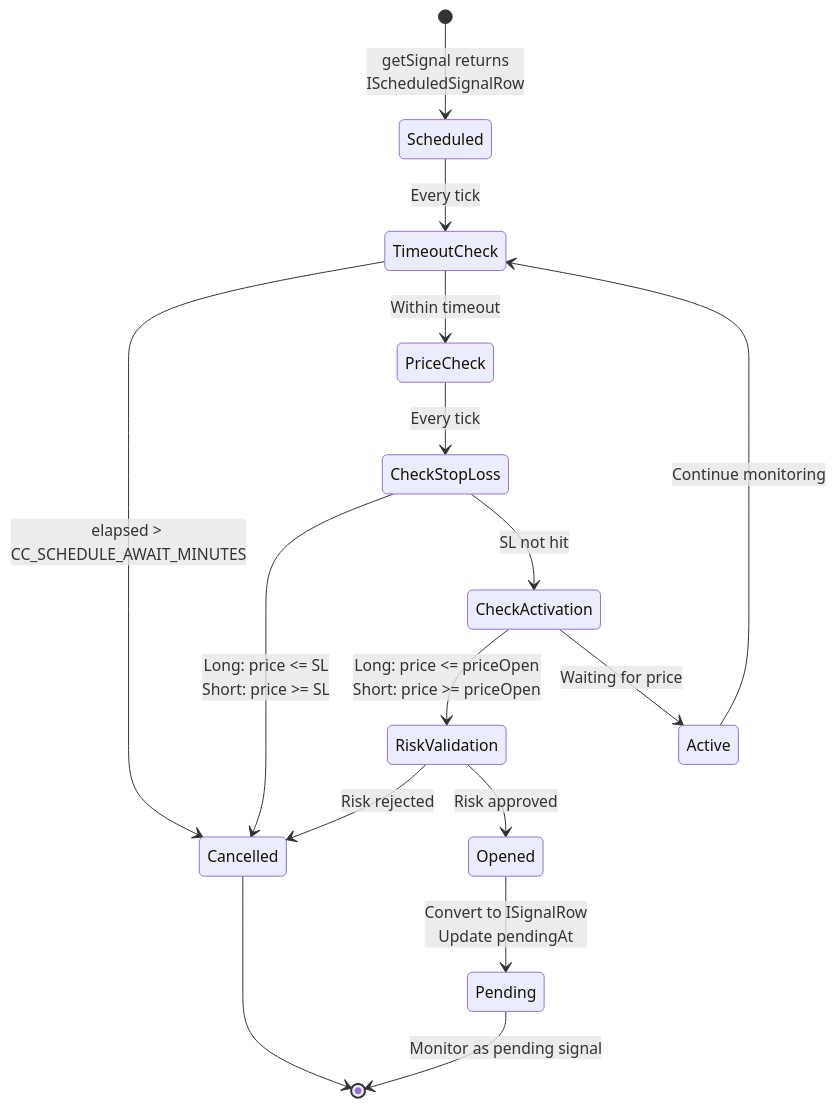
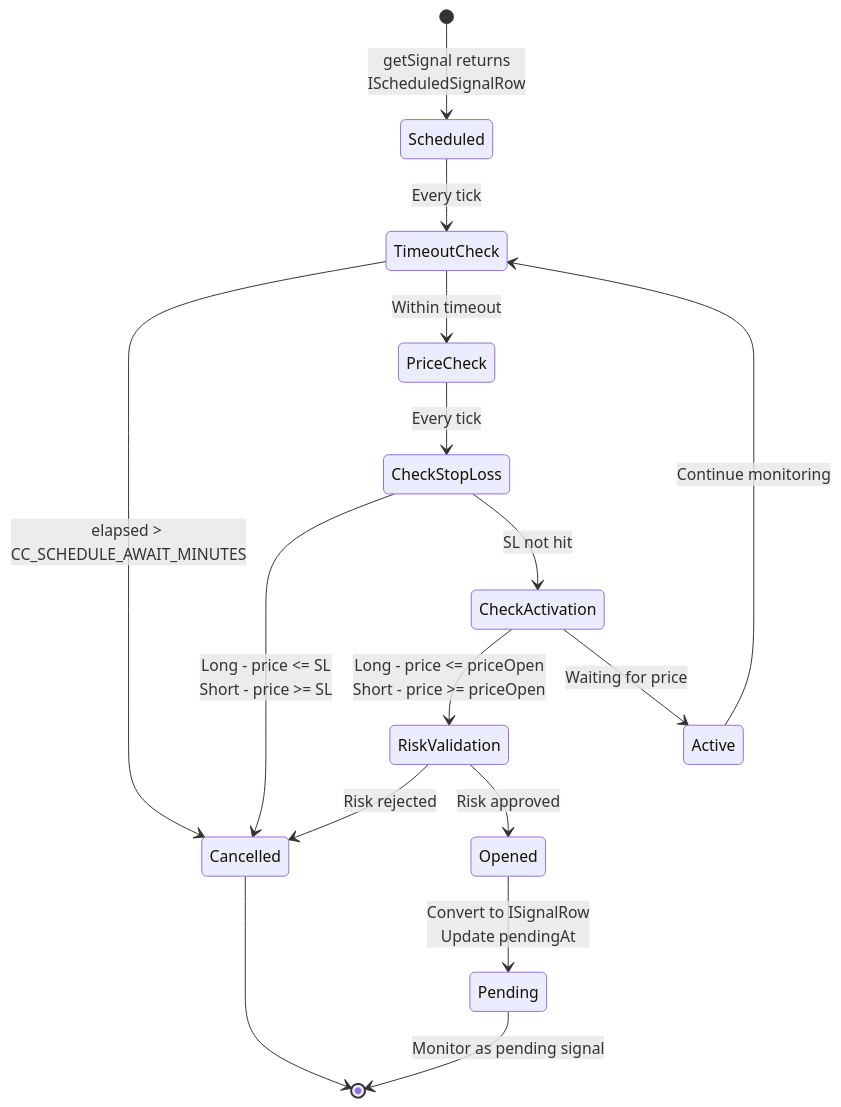
Before and after one commit to tripolskypetr/backtest-kit: the fifth of 8 diagrams in docs/design/13-strategy-execution-flow.md, drawn with Mermaid. The commit also changed 4 other files, not shown here.

````diff
--- a/docs/design/13-strategy-execution-flow.md
+++ b/docs/design/13-strategy-execution-flow.md
@@ -403,26 +403,26 @@
 ```mermaid
 stateDiagram-v2
     [*] --> Scheduled: getSignal returns<br/>IScheduledSignalRow
     
     Scheduled --> TimeoutCheck: Every tick
     
     TimeoutCheck --> Cancelled: elapsed > CC_SCHEDULE_AWAIT_MINUTES
     TimeoutCheck --> PriceCheck: Within timeout
     
     PriceCheck --> CheckStopLoss: Every tick
     
-    CheckStopLoss --> Cancelled: Long: price <= SL<br/>Short: price >= SL
+    CheckStopLoss --> Cancelled: Long - price <= SL<br/>Short - price >= SL
     CheckStopLoss --> CheckActivation: SL not hit
-    
-    CheckActivation --> RiskValidation: Long: price <= priceOpen<br/>Short: price >= priceOpen
+
+    CheckActivation --> RiskValidation: Long - price <= priceOpen<br/>Short - price >= priceOpen
     CheckActivation --> Active: Waiting for price
     
     RiskValidation --> Cancelled: Risk rejected
     RiskValidation --> Opened: Risk approved
     
     Opened --> Pending: Convert to ISignalRow<br/>Update pendingAt
     
     Active --> TimeoutCheck: Continue monitoring
     Cancelled --> [*]
     Pending --> [*]: Monitor as pending signal
 ```
````
